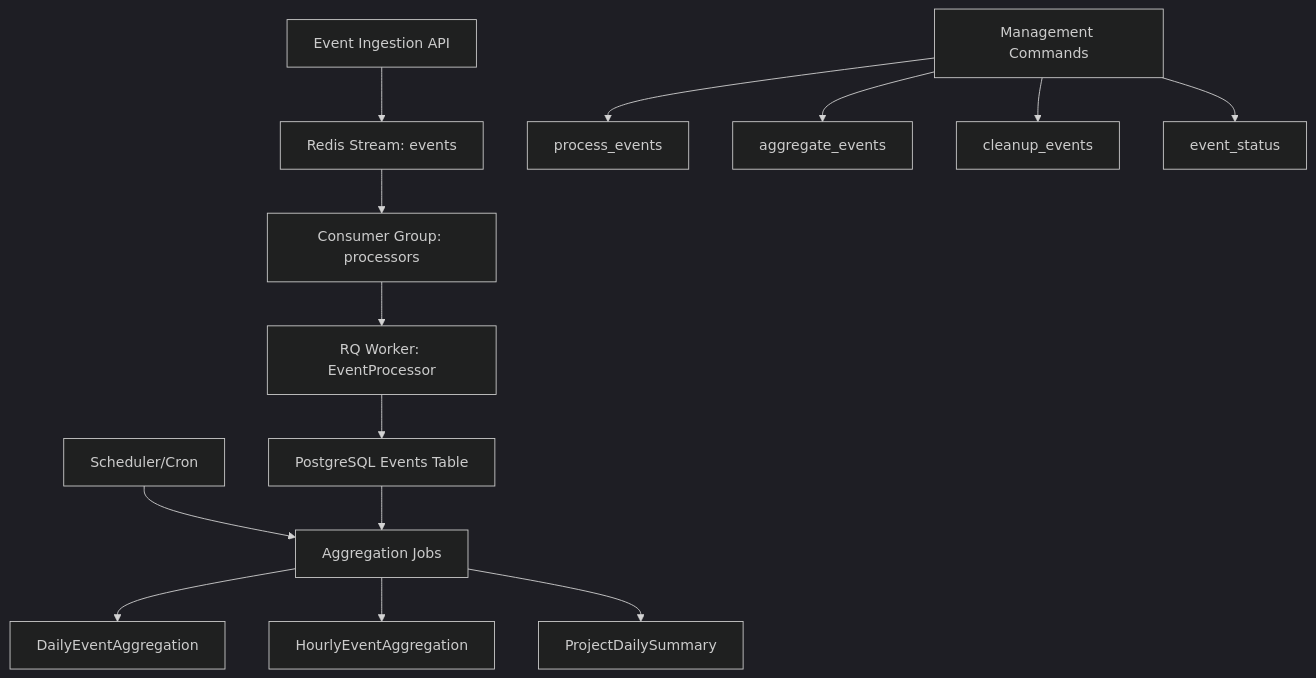
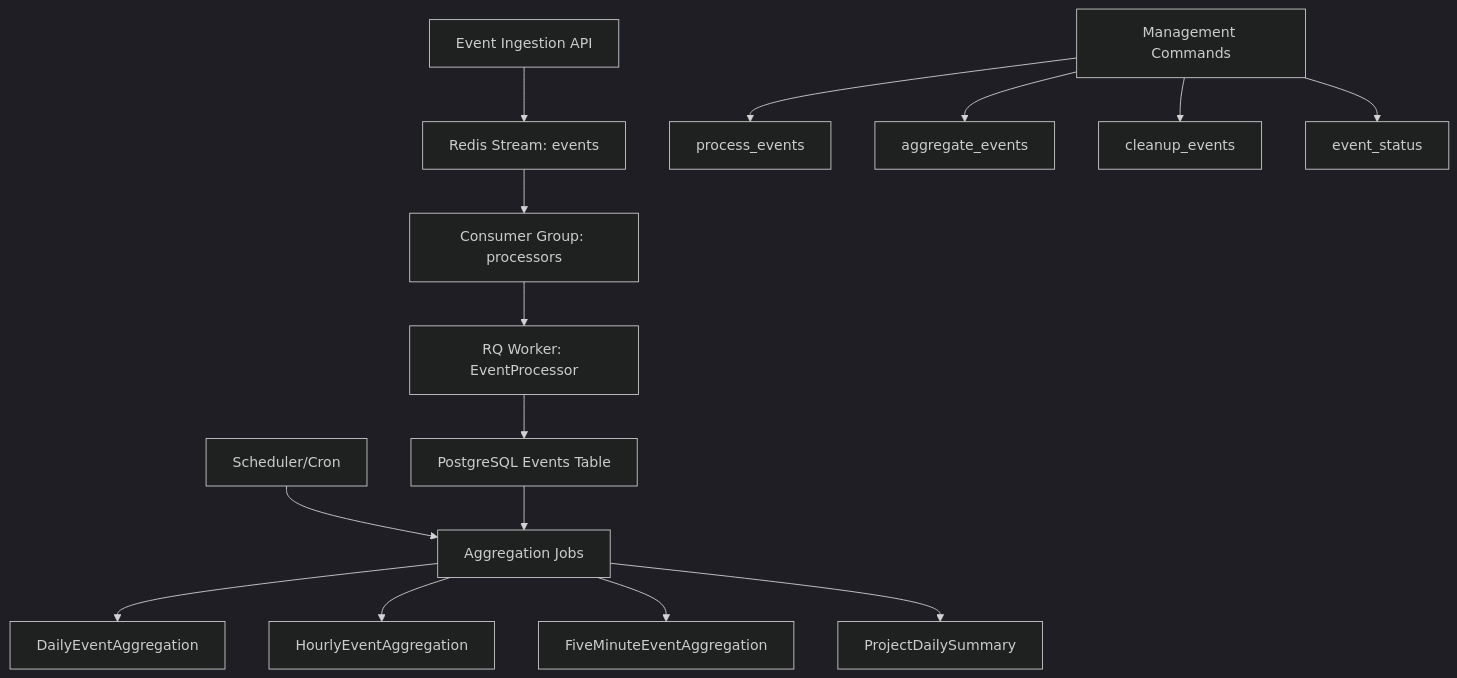
Before and after one commit to andrewm4894/simple-analytics: the fourth of 6 diagrams in ARCHITECTURE.md, drawn with Mermaid (dark theme). The commit also changed other lines of this file and 2 other files, not shown here.

````diff
--- a/ARCHITECTURE.md
+++ b/ARCHITECTURE.md
@@ -98,19 +99,20 @@
 ```mermaid
 graph TD
     A[Event Ingestion API] --> B[Redis Stream: events]
     B --> C[Consumer Group: processors]
     C --> D[RQ Worker: EventProcessor]
     D --> E[PostgreSQL Events Table]
     
     F[Scheduler/Cron] --> G[Aggregation Jobs]
     G --> H[DailyEventAggregation]
-    G --> I[HourlyEventAggregation] 
+    G --> I[HourlyEventAggregation]
+    G --> I2[FiveMinuteEventAggregation]
     G --> J[ProjectDailySummary]
     
     E --> G
     
     K[Management Commands] --> L[process_events]
     K --> M[aggregate_events]
     K --> N[cleanup_events]
     K --> O[event_status]
 ```
````
